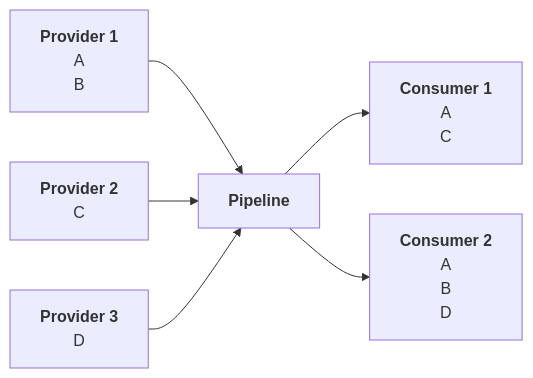
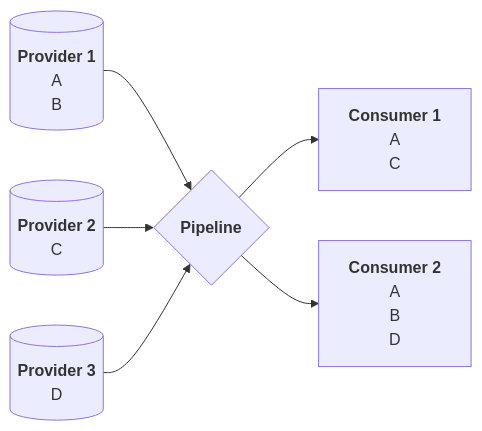
One commit to VirtualMetric/virtualmetric-docs changed the fourth of 6 diagrams in docs/admin/pipelines/overview.mdx. Above: the diagram before and after it, drawn with Mermaid. The commit also changed other lines of this file and 3 other files, not shown here.

Commit message:
Edits on graphics

````diff
--- a/docs/admin/pipelines/overview.mdx
+++ b/docs/admin/pipelines/overview.mdx
@@ -85,30 +85,30 @@
 ```mermaid
 %%{init: {"flowchart": {"htmlLabels": false}}}%%
 flowchart LR
-	provider1["`**Provider 1**
+	provider1[("`**Provider 1**
     A
     B
-  `"]
-	provider2["`**Provider 2**
+  `")]
+	provider2[("`**Provider 2**
     C
-  `"]
-	provider3["`**Provider 3**
+  `")]
+	provider3[("`**Provider 3**
     D
-  `"]
- 	pipeline["`**Pipeline**`"]
+  `")]
+ 	pipeline{"`**Pipeline**`"}
 	consumer1["`**Consumer 1**
     A
     C
   `"]
 	consumer2["`**Consumer 2**
     A
     B
     D
   `"]
 	provider1 --> pipeline;
 	provider2 --> pipeline;
 	provider3 --> pipeline;
   pipeline --> consumer1;
   pipeline --> consumer2;
 
 ```
````
